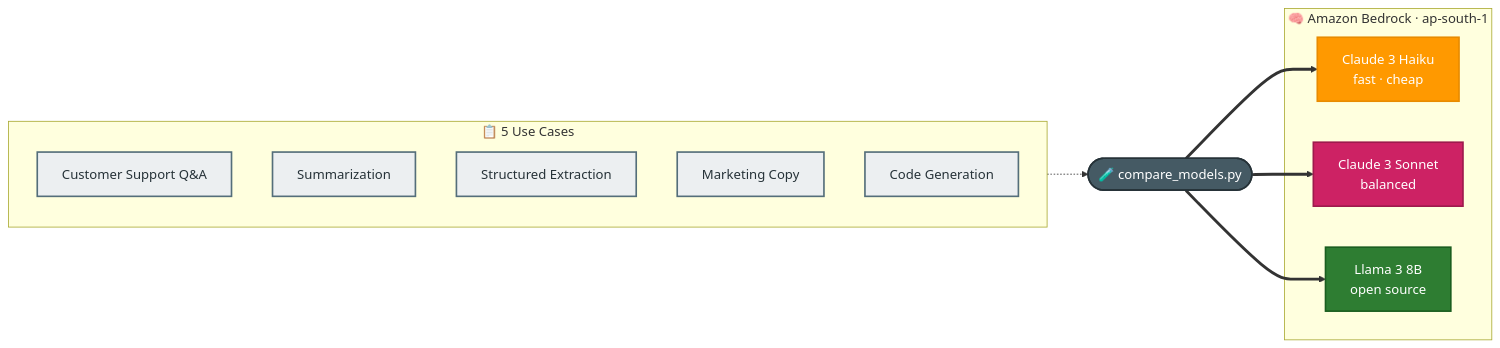
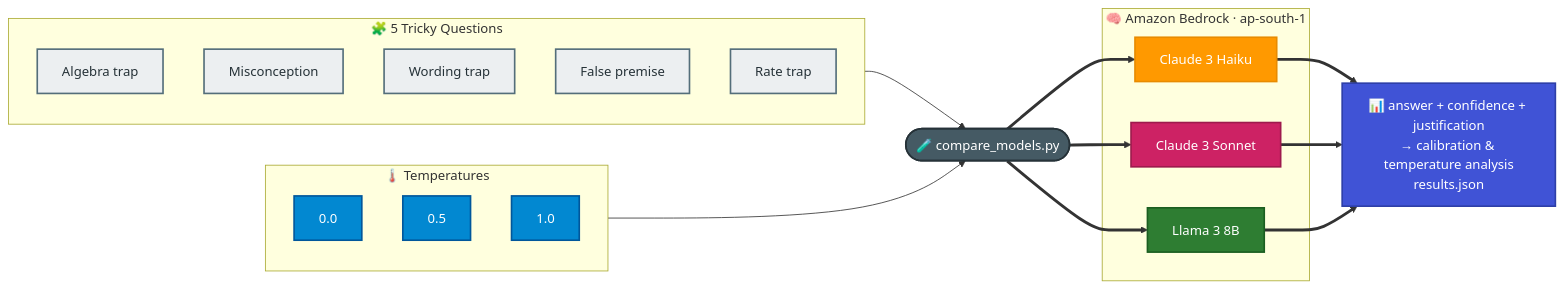
Before and after one commit to abhi-achar/aws-hands-on-training: the diagram in week3/task4-model-comparison/README.md, drawn with Mermaid. The commit also changed other lines of this file and 2 other files, not shown here.

Commit message:
feat(week3-task4): rework model comparison to tricky questions with confidence, justification, and varying temperature

````diff
--- a/week3/task4-model-comparison/README.md
+++ b/week3/task4-model-comparison/README.md
@@ -7,24 +16,35 @@
 ```mermaid
 flowchart LR
     Script(["🧪 compare_models.py"]):::proc
+    subgraph Q["🧩 5 Tricky Questions"]
+        Q1["Algebra trap"]:::uc
+        Q2["Misconception"]:::uc
+        Q3["Wording trap"]:::uc
+        Q4["False premise"]:::uc
+        Q5["Rate trap"]:::uc
+    end
+    subgraph T["🌡️ Temperatures"]
+        T0["0.0"]:::temp
+        T1["0.5"]:::temp
+        T2["1.0"]:::temp
+    end
     subgraph Bedrock["🧠 Amazon Bedrock · ap-south-1"]
-        M1["Claude 3 Haiku<br/>fast · cheap"]:::haiku
-        M2["Claude 3 Sonnet<br/>balanced"]:::sonnet
-        M3["Llama 3 8B<br/>open source"]:::llama
+        M1["Claude 3 Haiku"]:::haiku
+        M2["Claude 3 Sonnet"]:::sonnet
+        M3["Llama 3 8B"]:::llama
     end
-    subgraph UseCases["📋 5 Use Cases"]
-        UC1["Customer Support Q&A"]:::uc
-        UC2["Summarization"]:::uc
-        UC3["Structured Extraction"]:::uc
-        UC4["Marketing Copy"]:::uc
-        UC5["Code Generation"]:::uc
-    end
+    Out["📊 answer + confidence + justification<br/>→ calibration & temperature analysis<br/>results.json"]:::store
+
+    Q --> Script
+    T --> Script
     Script ==> M1 & M2 & M3
-    UseCases -.-> Script
+    M1 & M2 & M3 ==> Out
 
     classDef proc fill:#455A64,stroke:#263238,stroke-width:2px,color:#ffffff
     classDef haiku fill:#FF9900,stroke:#E88B00,stroke-width:2px,color:#ffffff
     classDef sonnet fill:#CD2264,stroke:#9E1A4D,stroke-width:2px,color:#ffffff
     classDef llama fill:#2E7D32,stroke:#1B5E20,stroke-width:2px,color:#ffffff
     classDef uc fill:#ECEFF1,stroke:#546E7A,stroke-width:2px,color:#263238
+    classDef temp fill:#0288D1,stroke:#01579B,stroke-width:2px,color:#ffffff
+    classDef store fill:#4053D6,stroke:#2E3FA8,stroke-width:2px,color:#ffffff
 ```
````
